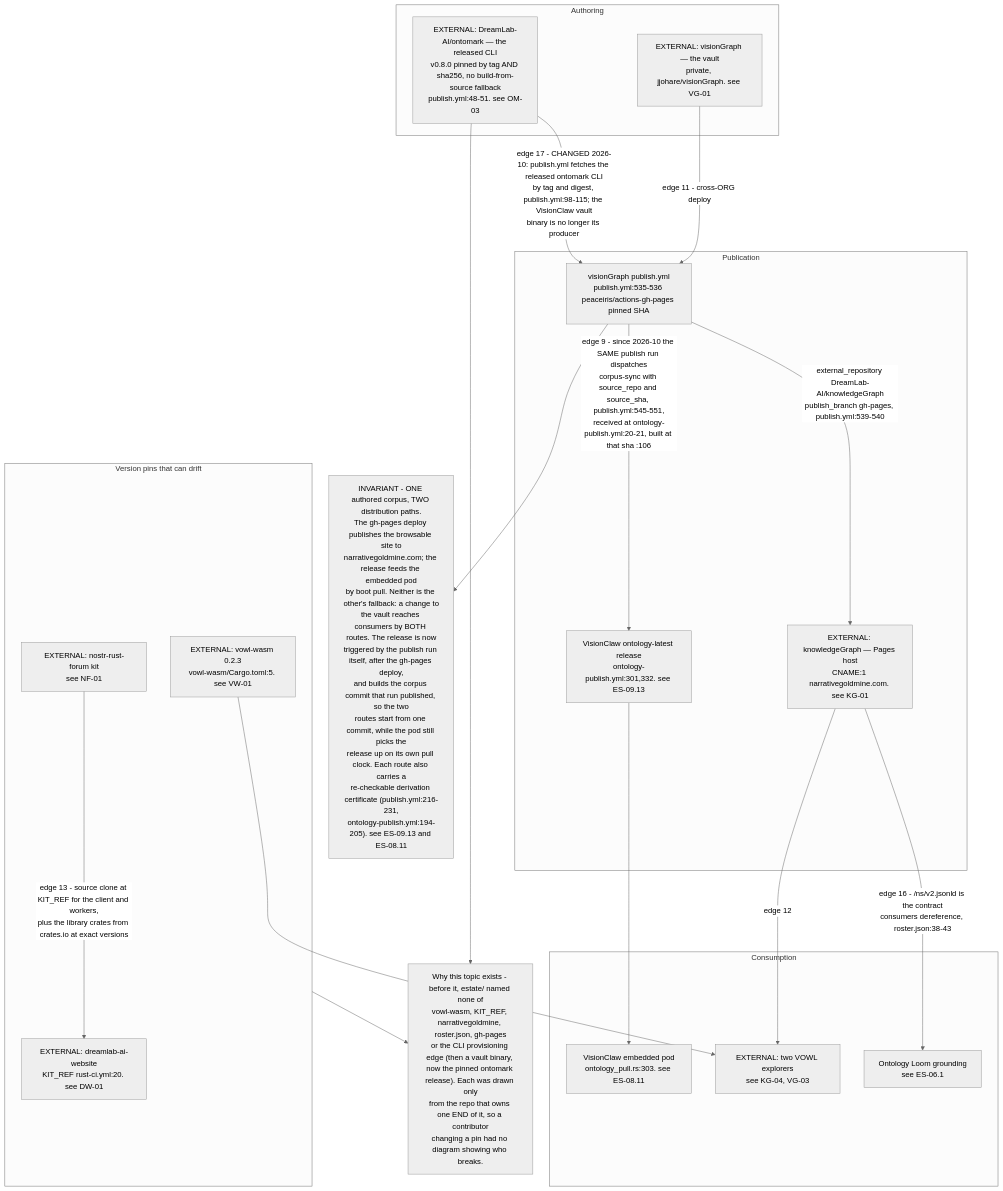
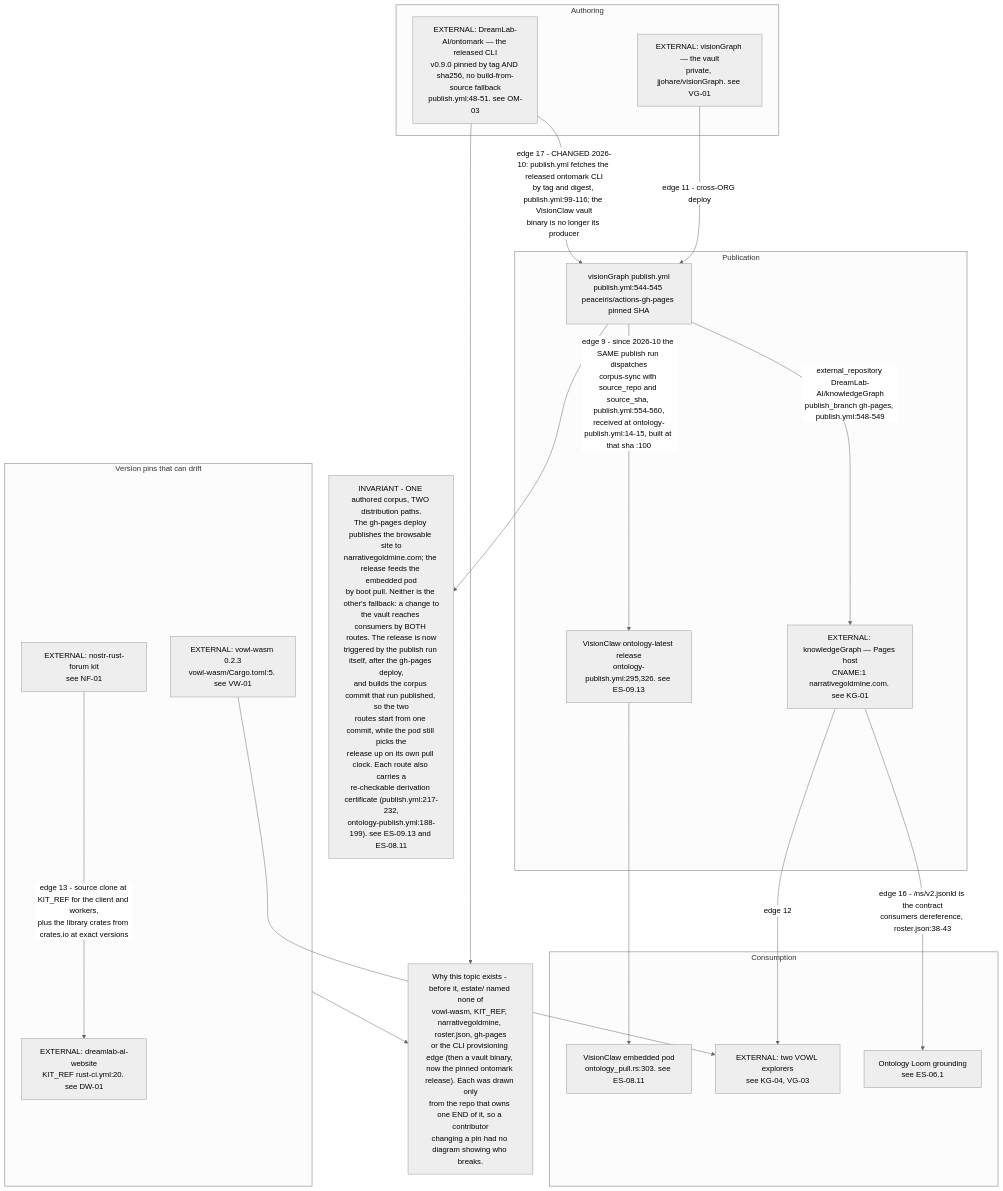
One commit to DreamLab-AI/VisionFlow changed the first of 5 diagrams in docs/diagrams/estate/11-publishing-axis.md. Above: the diagram before and after it, drawn with Mermaid (neutral theme). The commit also changed other lines of this file and 70 other files, not shown here.

First line of the commit message:
docs(diagrams): re-verify 69 topics at current default-branch heads

````diff
--- a/docs/diagrams/estate/11-publishing-axis.md
+++ b/docs/diagrams/estate/11-publishing-axis.md
@@ -29,39 +29,39 @@
 ```mermaid
 flowchart TB
     subgraph AUTHOR["Authoring"]
         VG["EXTERNAL: visionGraph — the vault<br/>private, jjohare/visionGraph. see VG-01"]
-        OM["EXTERNAL: DreamLab-AI/ontomark — the released CLI<br/>v0.8.0 pinned by tag AND sha256, no build-from-source fallback<br/>publish.yml:48-51. see OM-03"]
+        OM["EXTERNAL: DreamLab-AI/ontomark — the released CLI<br/>v0.9.0 pinned by tag AND sha256, no build-from-source fallback<br/>publish.yml:48-51. see OM-03"]
     end
     subgraph PUB["Publication"]
-        PUBYML["visionGraph publish.yml<br/>publish.yml:535-536 peaceiris/actions-gh-pages pinned SHA"]
+        PUBYML["visionGraph publish.yml<br/>publish.yml:544-545 peaceiris/actions-gh-pages pinned SHA"]
         KG["EXTERNAL: knowledgeGraph — Pages host<br/>CNAME:1 narrativegoldmine.com. see KG-01"]
-        REL["VisionClaw ontology-latest release<br/>ontology-publish.yml:301,332. see ES-09.13"]
+        REL["VisionClaw ontology-latest release<br/>ontology-publish.yml:295,326. see ES-09.13"]
     end
     subgraph CONSUME["Consumption"]
         POD["VisionClaw embedded pod<br/>ontology_pull.rs:303. see ES-08.11"]
         EXPL["EXTERNAL: two VOWL explorers<br/>see KG-04, VG-03"]
         LOOM["Ontology Loom grounding<br/>see ES-06.1"]
     end
     subgraph PINS["Version pins that can drift"]
         VW["EXTERNAL: vowl-wasm 0.2.3<br/>vowl-wasm/Cargo.toml:5. see VW-01"]
         NF["EXTERNAL: nostr-rust-forum kit<br/>see NF-01"]
         DW["EXTERNAL: dreamlab-ai-website<br/>KIT_REF rust-ci.yml:20. see DW-01"]
     end
 
-    OM -->|"edge 17 - CHANGED 2026-10: publish.yml fetches the released ontomark CLI<br/>by tag and digest, publish.yml:98-115; the VisionClaw vault<br/>binary is no longer its producer"| PUBYML
+    OM -->|"edge 17 - CHANGED 2026-10: publish.yml fetches the released ontomark CLI<br/>by tag and digest, publish.yml:99-116; the VisionClaw vault<br/>binary is no longer its producer"| PUBYML
     VG -->|"edge 11 - cross-ORG deploy"| PUBYML
-    PUBYML -->|"external_repository DreamLab-AI/knowledgeGraph<br/>publish_branch gh-pages, publish.yml:539-540"| KG
-    PUBYML -->|"edge 9 - since 2026-10 the SAME publish run dispatches<br/>corpus-sync with source_repo and source_sha, publish.yml:545-551,<br/>received at ontology-publish.yml:20-21, built at that sha :106"| REL
+    PUBYML -->|"external_repository DreamLab-AI/knowledgeGraph<br/>publish_branch gh-pages, publish.yml:548-549"| KG
+    PUBYML -->|"edge 9 - since 2026-10 the SAME publish run dispatches<br/>corpus-sync with source_repo and source_sha, publish.yml:554-560,<br/>received at ontology-publish.yml:14-15, built at that sha :100"| REL
     REL --> POD
     KG -->|"edge 16 - /ns/v2.jsonld is the contract<br/>consumers dereference, roster.json:38-43"| LOOM
     KG -->|"edge 12"| EXPL
     VW --> EXPL
     NF -->|"edge 13 - source clone at KIT_REF for the client and workers,<br/>plus the library crates from crates.io at exact versions"| DW
 
-    INV["INVARIANT - ONE authored corpus, TWO distribution paths.<br/>The gh-pages deploy publishes the browsable site to<br/>narrativegoldmine.com; the release feeds the embedded pod<br/>by boot pull. Neither is the other's fallback: a change to<br/>the vault reaches consumers by BOTH routes. The release is now<br/>triggered by the publish run itself, after the gh-pages deploy,<br/>and builds the corpus commit that run published, so the two<br/>routes start from one commit, while the pod still picks the<br/>release up on its own pull clock. Each route also carries a<br/>re-checkable derivation certificate (publish.yml:216-231,<br/>ontology-publish.yml:194-205). see ES-09.13 and ES-08.11"]
+    INV["INVARIANT - ONE authored corpus, TWO distribution paths.<br/>The gh-pages deploy publishes the browsable site to<br/>narrativegoldmine.com; the release feeds the embedded pod<br/>by boot pull. Neither is the other's fallback: a change to<br/>the vault reaches consumers by BOTH routes. The release is now<br/>triggered by the publish run itself, after the gh-pages deploy,<br/>and builds the corpus commit that run published, so the two<br/>routes start from one commit, while the pod still picks the<br/>release up on its own pull clock. Each route also carries a<br/>re-checkable derivation certificate (publish.yml:217-232,<br/>ontology-publish.yml:188-199). see ES-09.13 and ES-08.11"]
     GAP["Why this topic exists - before it, estate/ named none of<br/>vowl-wasm, KIT_REF, narrativegoldmine, roster.json, gh-pages<br/>or the CLI provisioning edge (then a vault binary, now the pinned ontomark release). Each was drawn only<br/>from the repo that owns one END of it, so a contributor<br/>changing a pin had no diagram showing who breaks."]
 
     PUBYML --> INV
     PINS --> GAP
     OM --> GAP
 ```
````
